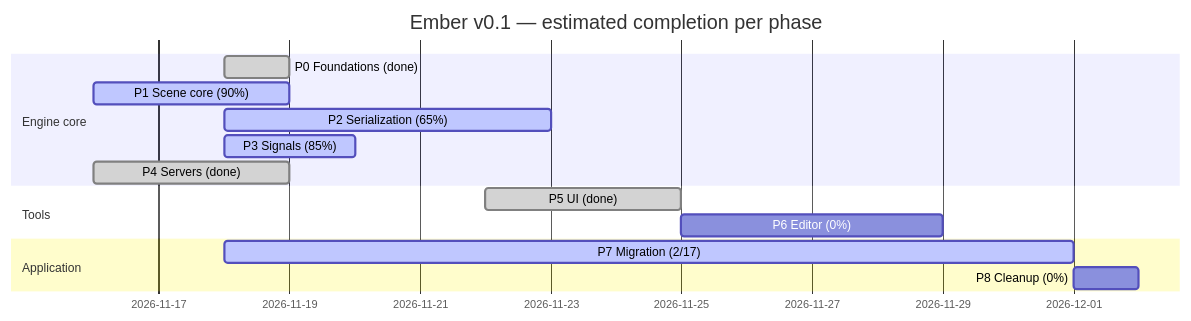
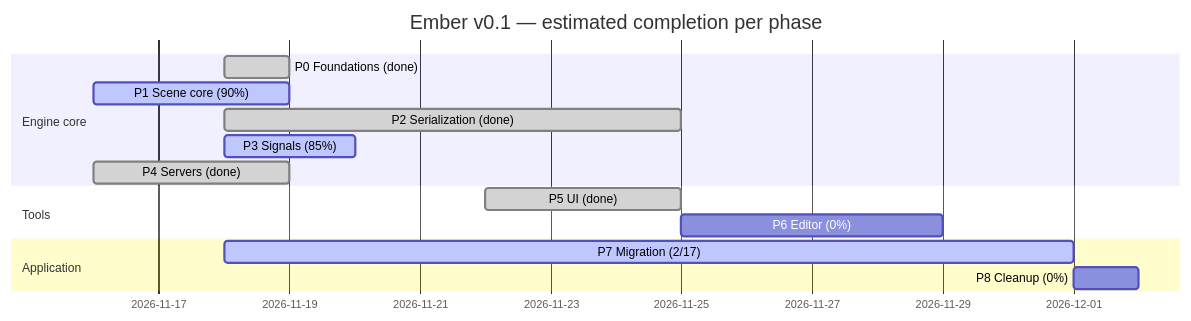
The diagram in ember-vault/60 Progress/Roadmap Tracker.md (titouanthd/ember), drawn with Mermaid before and after one commit. The commit also changed other lines of this file and 8 other files, not shown here.

First line of the commit message:
doc(vault-roadmap): Close Phase 2 serialization

````diff
--- a/ember-vault/60 Progress/Roadmap Tracker.md
+++ b/ember-vault/60 Progress/Roadmap Tracker.md
@@ -11,17 +11,17 @@
 ```mermaid
 gantt
   dateFormat YYYY-MM-DD
   title Ember v0.1 — estimated completion per phase
   section Engine core
   P0 Foundations (done)  :done, p0, 2026-11-18, 1d
   P1 Scene core (90%)    :active, p1, 2026-11-16, 3d
-  P2 Serialization (65%) :active, p2, 2026-11-18, 5d
+  P2 Serialization (done):done, p2, 2026-11-18, 7d
   P3 Signals (85%)       :active, p3, 2026-11-18, 2d
   P4 Servers (done)      :done, p4, 2026-11-16, 3d
   section Tools
   P5 UI (done)           :done, p5, 2026-11-22, 3d
   P6 Editor (0%)         :p6, after p5, 4d
   section Application
   P7 Migration (2/17)    :active, p7, 2026-11-18, 13d
   P8 Cleanup (0%)        :p8, after p7, 1d
 ```
````
